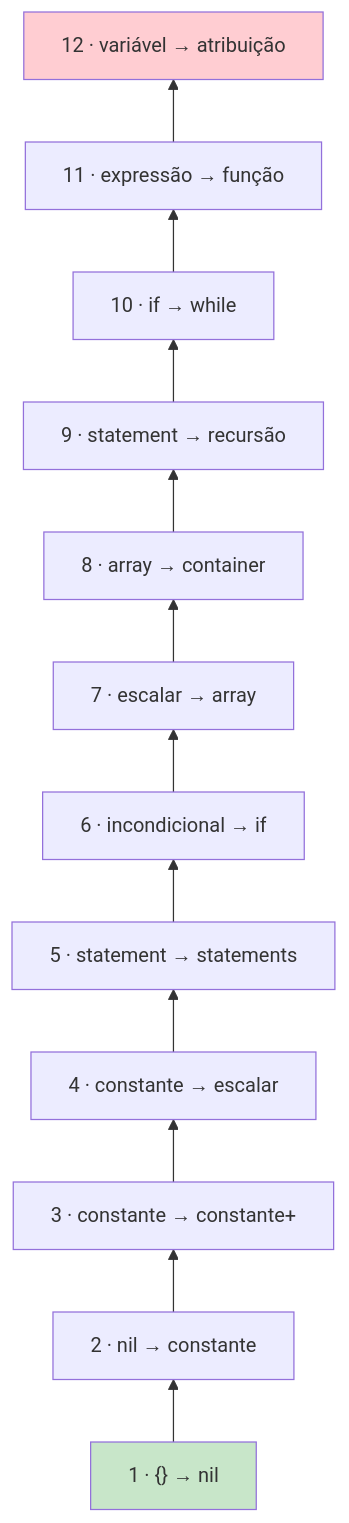
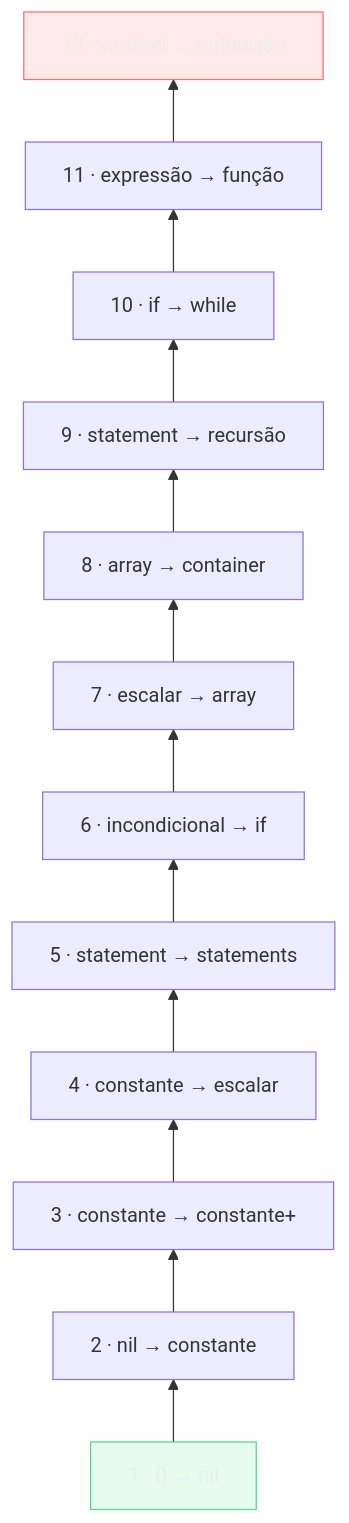
Before and after one commit to josenaldo/codex-technomanticus: the fifth of 6 diagrams in 03-Dominios/Engenharia/Testes/08 - TDD - o ciclo Red-Green-Refactor.md, drawn with Mermaid. The commit also changed 1181 other files, not shown here.

First line of the commit message:
fix(diagramas): paleta do sistema no lugar de cor cravada no markdown

````diff
--- a/03-Dominios/Engenharia/Testes/08 - TDD - o ciclo Red-Green-Refactor.md
+++ b/03-Dominios/Engenharia/Testes/08 - TDD - o ciclo Red-Green-Refactor.md
@@ -232,16 +232,18 @@
 ```mermaid
 flowchart BT
+    classDef ok fill:#4ADE8021,stroke:#4ADE80,color:#E9ECF2
+    classDef falha fill:#FF6B6B24,stroke:#FF6B6B,color:#E9ECF2
     T1["1 · {} → nil"] --> T2["2 · nil → constante"]
     T2 --> T3["3 · constante → constante+"]
     T3 --> T4["4 · constante → escalar"]
     T4 --> T5["5 · statement → statements"]
     T5 --> T6["6 · incondicional → if"]
     T6 --> T7["7 · escalar → array"]
     T7 --> T8["8 · array → container"]
     T8 --> T9["9 · statement → recursão"]
     T9 --> T10["10 · if → while"]
     T10 --> T11["11 · expressão → função"]
     T11 --> T12["12 · variável → atribuição"]
-    style T1 fill:#c8e6c9
-    style T12 fill:#ffcdd2
+    class T1 ok
+    class T12 falha
 ```
````
